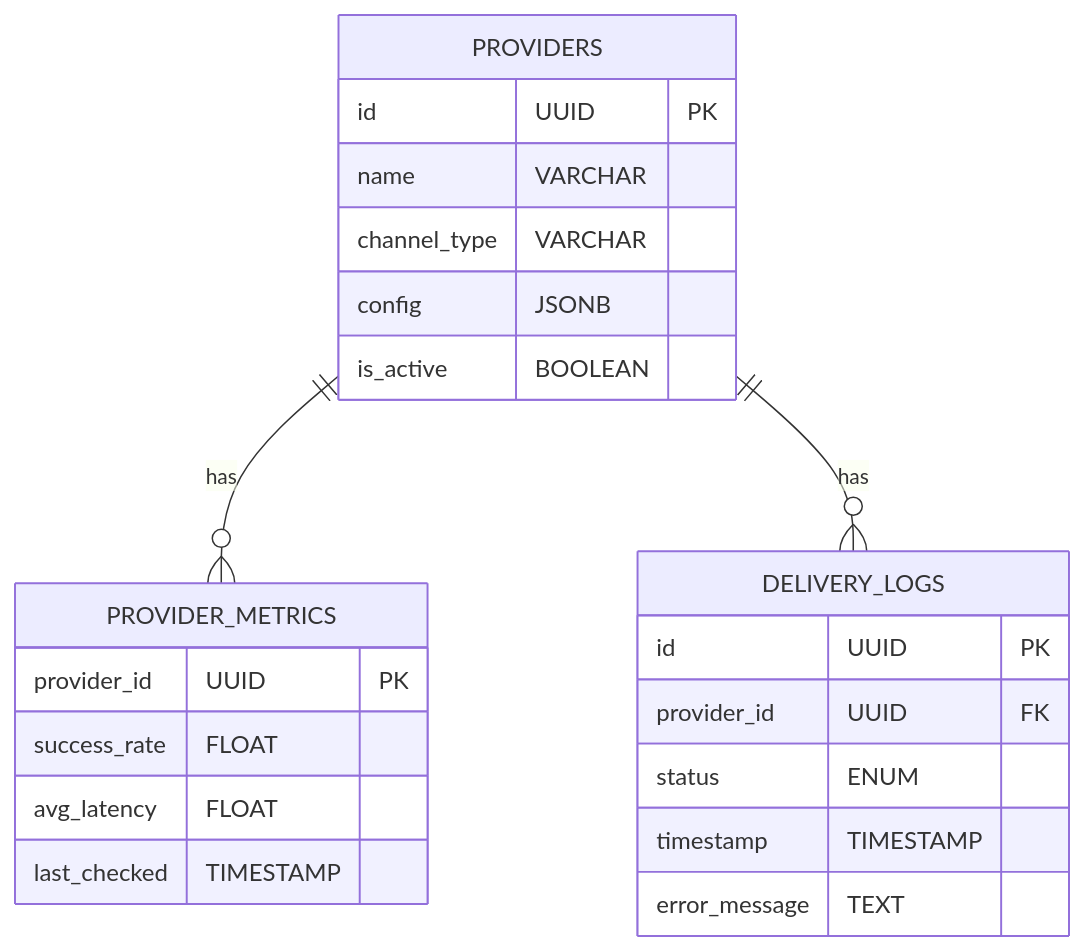
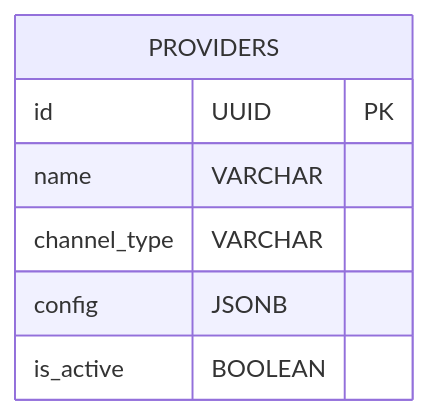
The diagram in design-docs/services/ChannelService.md (surajs1n/central-notification-system), drawn with Mermaid before and after one commit. The commit also changed other lines of this file and 6 other files, not shown here.

````diff
--- a/design-docs/services/ChannelService.md
+++ b/design-docs/services/ChannelService.md
@@ -25,28 +25,10 @@
 ```mermaid
 erDiagram
     PROVIDERS {
         id UUID PK
         name VARCHAR
         channel_type VARCHAR
         config JSONB
         is_active BOOLEAN
     }
-    
-    PROVIDER_METRICS {
-        provider_id UUID PK
-        success_rate FLOAT
-        avg_latency FLOAT
-        last_checked TIMESTAMP
-    }
-    
-    DELIVERY_LOGS {
-        id UUID PK
-        provider_id UUID FK
-        status ENUM
-        timestamp TIMESTAMP
-        error_message TEXT
-    }
-    
-    PROVIDERS ||--o{ PROVIDER_METRICS : has
-    PROVIDERS ||--o{ DELIVERY_LOGS : has
 ```
````
